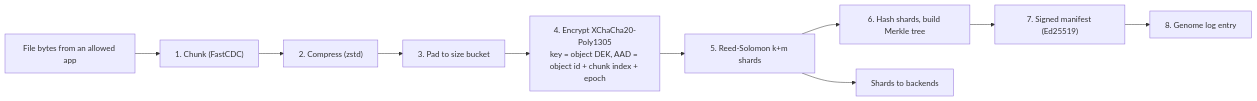
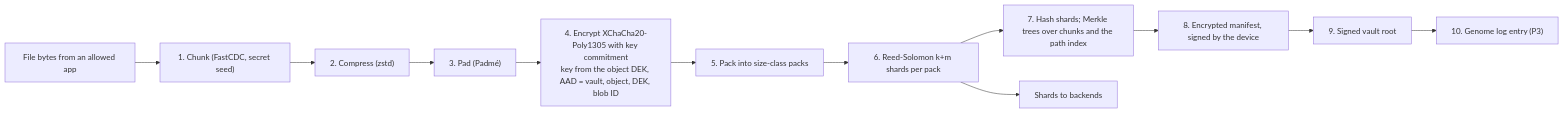
One commit to thearpankumar/CryptHix changed the second of 11 diagrams in docs/project-vision.md. Above: the diagram before and after it, drawn with Mermaid. The commit also changed other lines of this file and 4 other files, not shown here.

Commit message:
docs: add on-disk format spec v0 with key files, packs, manifests, signed root and test-vector plan

````diff
--- a/docs/project-vision.md
+++ b/docs/project-vision.md
@@ -179,12 +180,14 @@
 ```mermaid
 flowchart LR
-    F["File bytes from an allowed app"] --> C["1. Chunk (FastCDC)"]
+    F["File bytes from an allowed app"] --> C["1. Chunk (FastCDC, secret seed)"]
     C --> Z["2. Compress (zstd)"]
-    Z --> P["3. Pad to size bucket"]
-    P --> E["4. Encrypt XChaCha20-Poly1305<br/>key = object DEK, AAD = object id + chunk index + epoch"]
-    E --> R["5. Reed-Solomon k+m shards"]
-    R --> H["6. Hash shards, build Merkle tree"]
-    H --> M["7. Signed manifest (Ed25519)"]
-    M --> L["8. Genome log entry"]
+    Z --> P["3. Pad (Padmé)"]
+    P --> E["4. Encrypt XChaCha20-Poly1305 with key commitment<br/>key from the object DEK, AAD = vault, object, DEK, blob ID"]
+    E --> K["5. Pack into size-class packs"]
+    K --> R["6. Reed-Solomon k+m shards per pack"]
+    R --> H["7. Hash shards; Merkle trees over chunks and the path index"]
+    H --> M["8. Encrypted manifest, signed by the device"]
+    M --> V["9. Signed vault root"]
+    V --> L["10. Genome log entry (P3)"]
     R --> S["Shards to backends"]
 ```
````
